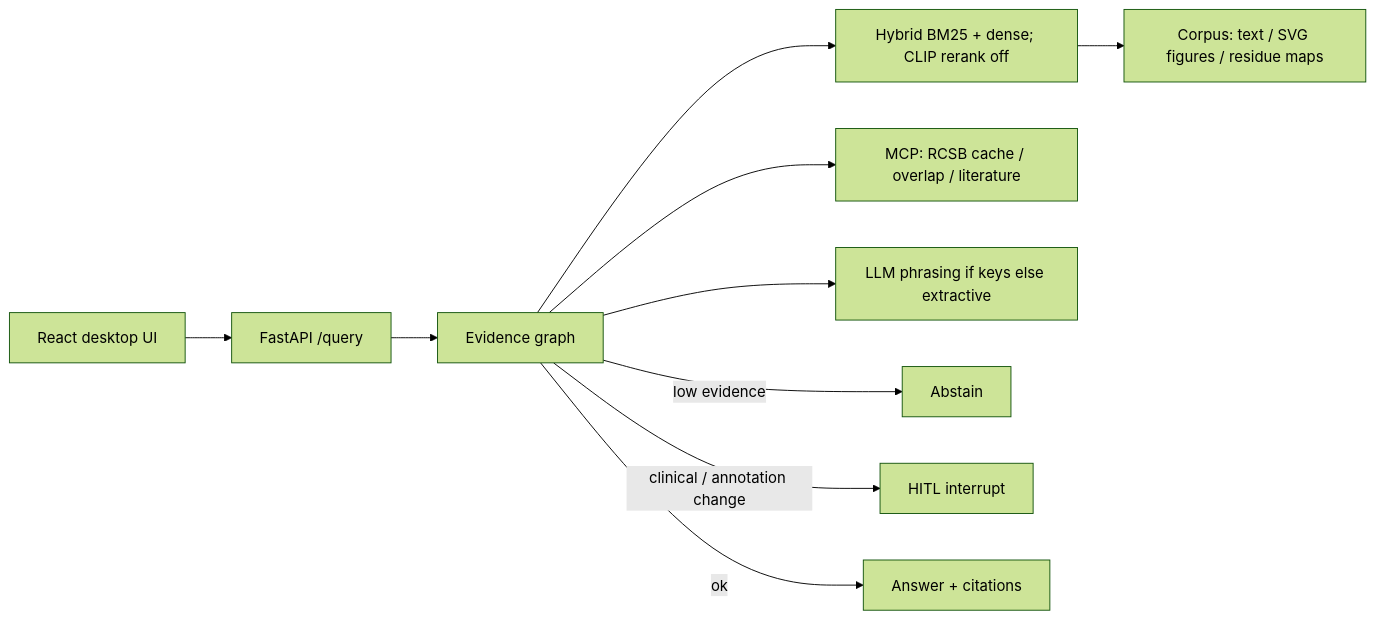
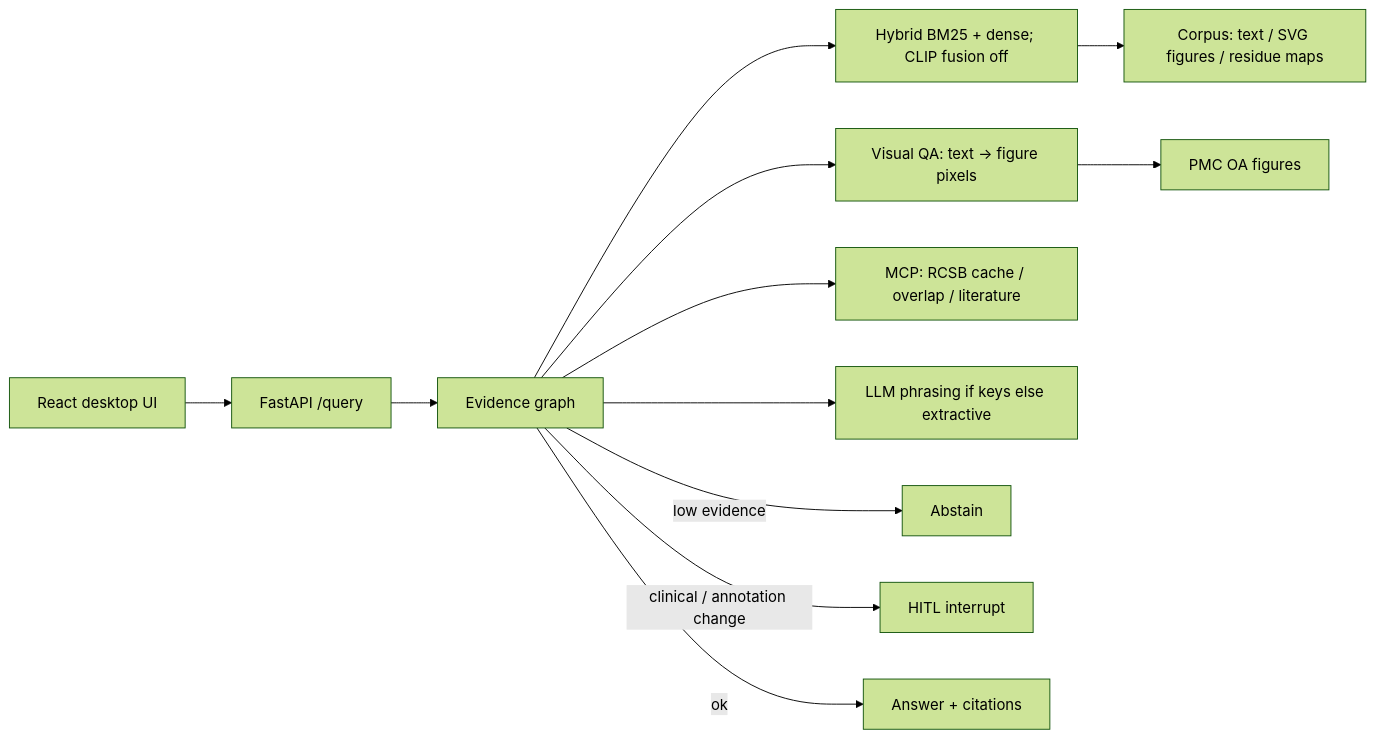
Before and after one commit to yinli-systems/antibody-antigen-interface-research: the diagram in abcite/README.md, drawn with Mermaid (forest theme). The commit also changed other lines of this file and 22 other files, not shown here.

First line of the commit message:
Report visual QA where BiomedCLIP beats caption BM25 on a fair 16k gold.

````diff
--- a/abcite/README.md
+++ b/abcite/README.md
@@ -15,12 +15,14 @@
 ```mermaid
 flowchart LR
   UI[React desktop UI] --> API[FastAPI /query]
   API --> G[Evidence graph]
-  G --> R[Hybrid BM25 + dense; CLIP rerank off]
+  G --> R[Hybrid BM25 + dense; CLIP fusion off]
+  G --> V[Visual QA: text → figure pixels]
   G --> T[MCP: RCSB cache / overlap / literature]
   G --> L[LLM phrasing if keys else extractive]
   R --> C[Corpus: text / SVG figures / residue maps]
+  V --> F[PMC OA figures]
   G -->|low evidence| A[Abstain]
   G -->|clinical / annotation change| H[HITL interrupt]
   G -->|ok| ANS[Answer + citations]
 ```
````
